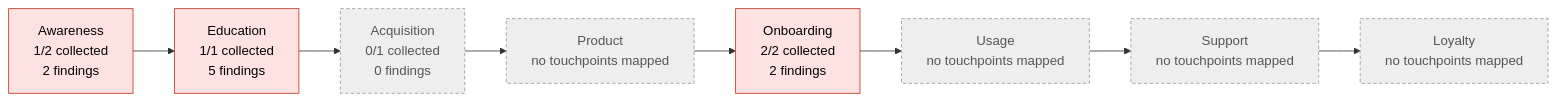
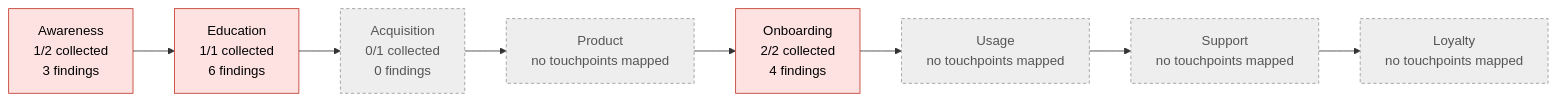
One commit to yeutterg/build-skills changed the diagram in skills/customer-journey/examples/acme-kettle/audit/README.md. Above: the diagram before and after it, drawn with Mermaid. The commit also changed other lines of this file and 20 other files, not shown here.

````diff
--- a/skills/customer-journey/examples/acme-kettle/audit/README.md
+++ b/skills/customer-journey/examples/acme-kettle/audit/README.md
@@ -38,23 +39,23 @@
 ```mermaid
 flowchart LR
-  awareness["Awareness<br/>1/2 collected<br/>2 findings"]:::high
-  education["Education<br/>1/1 collected<br/>5 findings"]:::high
+  awareness["Awareness<br/>1/2 collected<br/>3 findings"]:::high
+  education["Education<br/>1/1 collected<br/>6 findings"]:::high
   awareness --> education
   acquisition["Acquisition<br/>0/1 collected<br/>0 findings"]:::blind
   education --> acquisition
   product["Product<br/>no touchpoints mapped"]:::blind
   acquisition --> product
-  onboarding["Onboarding<br/>2/2 collected<br/>2 findings"]:::high
+  onboarding["Onboarding<br/>2/2 collected<br/>4 findings"]:::high
   product --> onboarding
   usage["Usage<br/>no touchpoints mapped"]:::blind
   onboarding --> usage
   support["Support<br/>no touchpoints mapped"]:::blind
   usage --> support
   loyalty["Loyalty<br/>no touchpoints mapped"]:::blind
   support --> loyalty
   classDef high fill:#fde2e1,stroke:#c0392b,color:#000
   classDef medium fill:#fdebd3,stroke:#d35400,color:#000
   classDef low fill:#fcf6d5,stroke:#b7950b,color:#000
   classDef ok fill:#e3f4e8,stroke:#1e8449,color:#000
   classDef blind fill:#eeeeee,stroke:#999999,color:#555,stroke-dasharray:4 3
 ```
````
